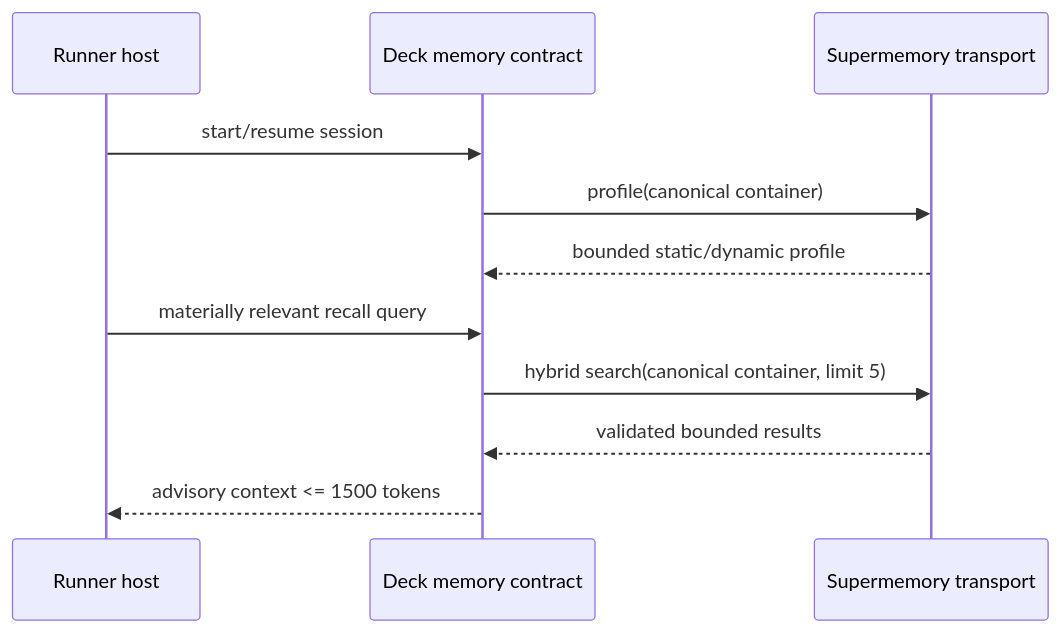
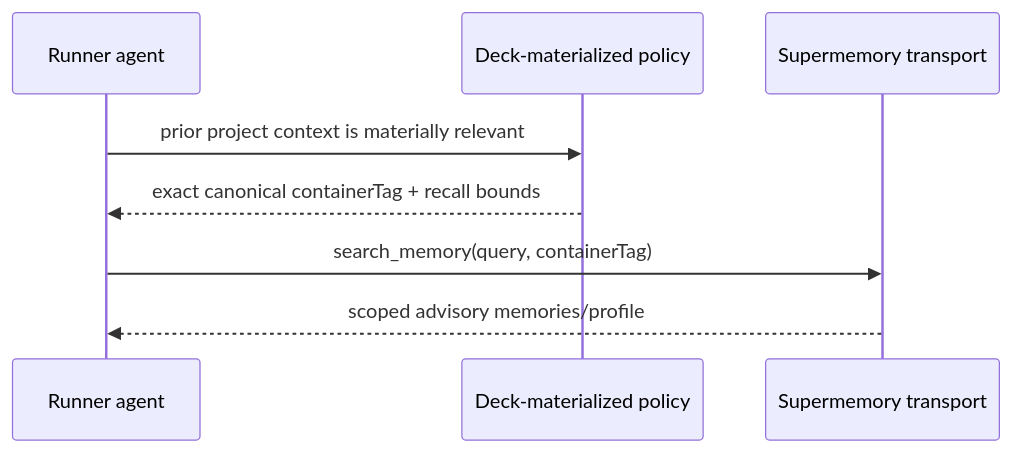
The second of 2 diagrams in openspec/changes/canonical-supermemory-conversation-memory/design.md (kevin15011/deck), drawn with Mermaid before and after one commit. The commit also changed other lines of this file and 100 other files, not shown here.

````diff
--- a/openspec/changes/canonical-supermemory-conversation-memory/design.md
+++ b/openspec/changes/canonical-supermemory-conversation-memory/design.md
@@ -68,13 +72,10 @@
 ```mermaid
 sequenceDiagram
-    participant R as Runner host
-    participant D as Deck memory contract
+    participant R as Runner agent
+    participant D as Deck-materialized policy
     participant S as Supermemory transport
-    R->>D: start/resume session
-    D->>S: profile(canonical container)
-    S-->>D: bounded static/dynamic profile
-    R->>D: materially relevant recall query
-    D->>S: hybrid search(canonical container, limit 5)
-    S-->>D: validated bounded results
-    D-->>R: advisory context <= 1500 tokens
+    R->>D: prior project context is materially relevant
+    D-->>R: exact canonical containerTag + recall bounds
+    R->>S: search_memory(query, containerTag)
+    S-->>R: scoped advisory memories/profile
 ```
````
